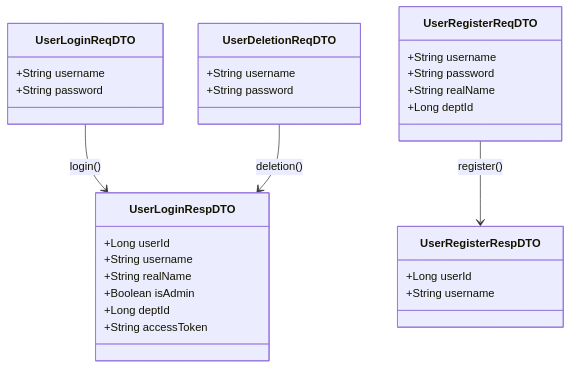
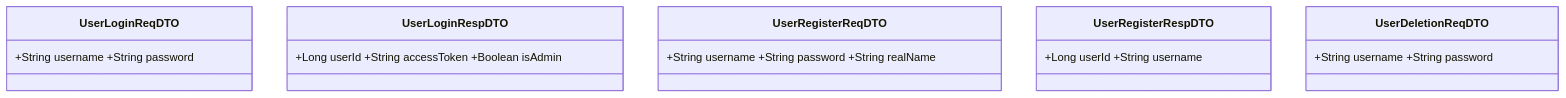
The third of 10 diagrams in docs/collaboration-service-code-analysis.md (ZjlShenshiqing/EnterpriseKnowledgeWorkspace), drawn with Mermaid before and after one commit. The commit also changed other lines of this file, not shown here.

````diff
--- a/docs/collaboration-service-code-analysis.md
+++ b/docs/collaboration-service-code-analysis.md
@@ -384,33 +180,8 @@
 ```mermaid
 classDiagram
-    class UserLoginReqDTO {
-        +String username
-        +String password
-    }
-    class UserLoginRespDTO {
-        +Long userId
-        +String username
-        +String realName
-        +Boolean isAdmin
-        +Long deptId
-        +String accessToken
-    }
-    class UserRegisterReqDTO {
-        +String username
-        +String password
-        +String realName
-        +Long deptId
-    }
-    class UserRegisterRespDTO {
-        +Long userId
-        +String username
-    }
-    class UserDeletionReqDTO {
-        +String username
-        +String password
-    }
-
-    UserLoginReqDTO --> UserLoginRespDTO : login()
-    UserRegisterReqDTO --> UserRegisterRespDTO : register()
-    UserDeletionReqDTO --> UserLoginRespDTO : deletion()
+    class UserLoginReqDTO { +String username +String password }
+    class UserLoginRespDTO { +Long userId +String accessToken +Boolean isAdmin }
+    class UserRegisterReqDTO { +String username +String password +String realName }
+    class UserRegisterRespDTO { +Long userId +String username }
+    class UserDeletionReqDTO { +String username +String password }
 ```
````
